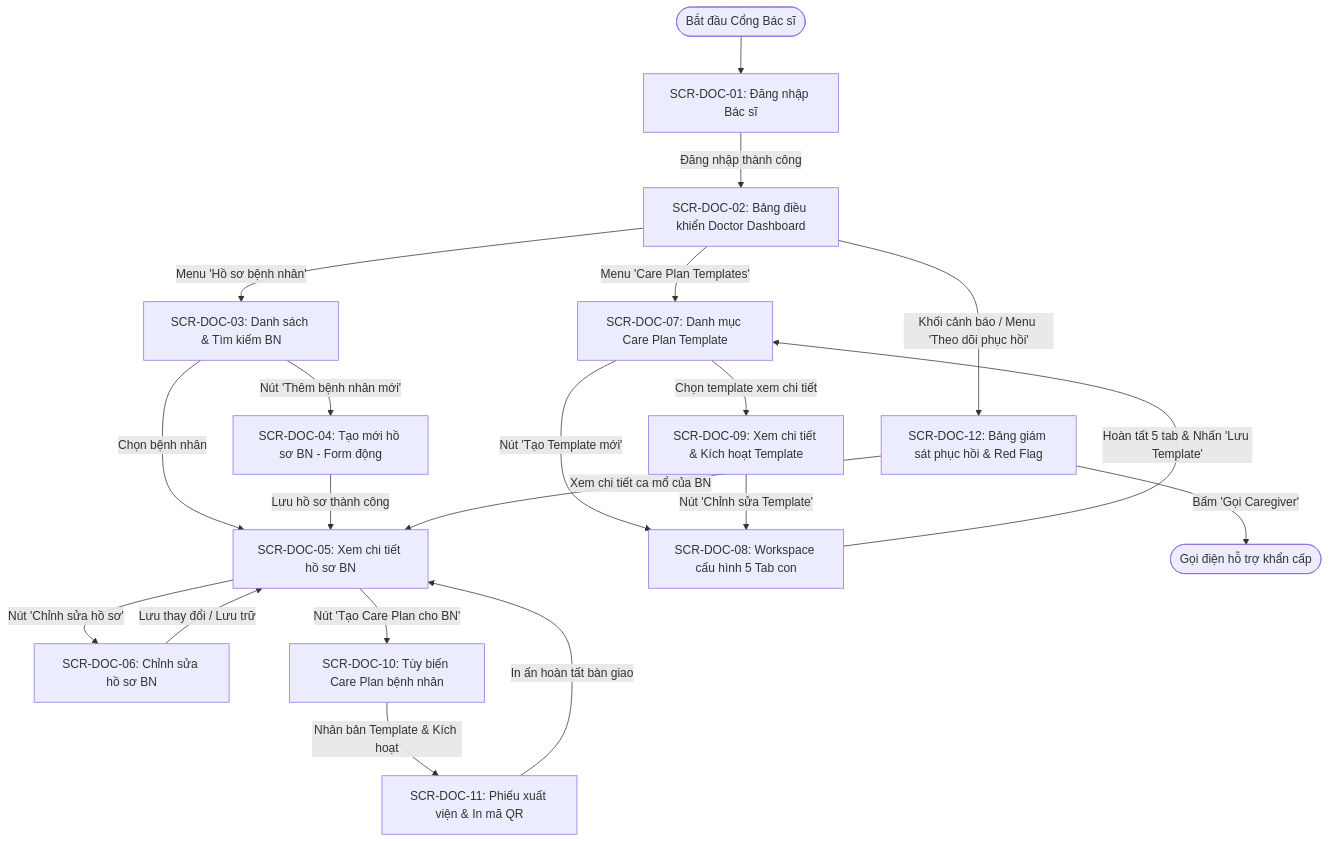
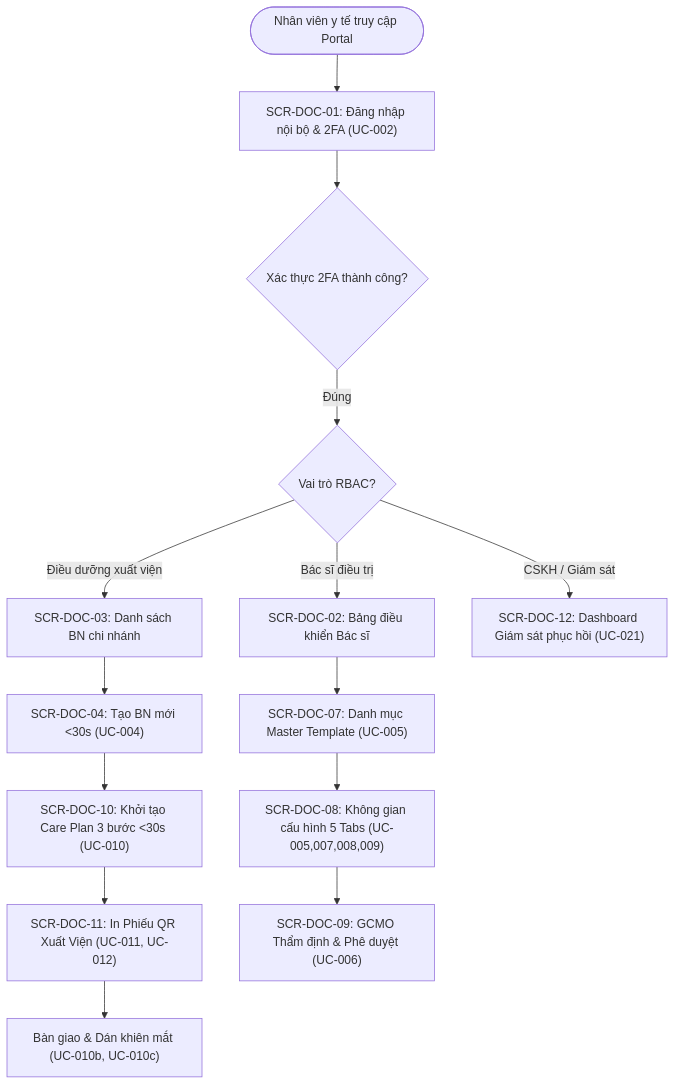
One commit to khangpd15/ba-learing-path changed the second of 3 diagrams in 04_Screen_Flow.md. Above: the diagram before and after it, drawn with Mermaid. The commit also changed other lines of this file and 8 other files, not shown here.

````diff
--- a/04_Screen_Flow.md
+++ b/04_Screen_Flow.md
@@ -399,32 +244,16 @@
 ```mermaid
 flowchart TD
-    DOC_START([Bắt đầu Cổng Bác sĩ]) --> DOC_01[SCR-DOC-01: Đăng nhập Bác sĩ]
-
-    DOC_01 -- "Đăng nhập thành công" --> DOC_02[SCR-DOC-02: Bảng điều khiển Doctor Dashboard]
-
-    %% Nhánh 1: Quản lý Hồ sơ bệnh nhân
-    DOC_02 -- "Menu 'Hồ sơ bệnh nhân'" --> DOC_03[SCR-DOC-03: Danh sách & Tìm kiếm BN]
-    DOC_03 -- "Nút 'Thêm bệnh nhân mới'" --> DOC_04[SCR-DOC-04: Tạo mới hồ sơ BN - Form động]
-    DOC_03 -- "Chọn bệnh nhân" --> DOC_05[SCR-DOC-05: Xem chi tiết hồ sơ BN]
-    
-    DOC_04 -- "Lưu hồ sơ thành công" --> DOC_05
-    DOC_05 -- "Nút 'Chỉnh sửa hồ sơ'" --> DOC_06[SCR-DOC-06: Chỉnh sửa hồ sơ BN]
-    DOC_06 -- "Lưu thay đổi / Lưu trữ" --> DOC_05
-
-    %% Nhánh 2: Quản lý Master Template
-    DOC_02 -- "Menu 'Care Plan Templates'" --> DOC_07[SCR-DOC-07: Danh mục Care Plan Template]
-    DOC_07 -- "Nút 'Tạo Template mới'" --> DOC_08[SCR-DOC-08: Workspace cấu hình 5 Tab con]
-    DOC_07 -- "Chọn template xem chi tiết" --> DOC_09[SCR-DOC-09: Xem chi tiết & Kích hoạt Template]
-    DOC_09 -- "Nút 'Chỉnh sửa Template'" --> DOC_08
-    DOC_08 -- "Hoàn tất 5 tab & Nhấn 'Lưu Template'" --> DOC_07
-
-    %% Nhánh 3: Khởi tạo Care Plan cho bệnh nhân & In mã QR
-    DOC_05 -- "Nút 'Tạo Care Plan cho BN'" --> DOC_10[SCR-DOC-10: Tùy biến Care Plan bệnh nhân]
-    DOC_10 -- "Nhân bản Template & Kích hoạt" --> DOC_11[SCR-DOC-11: Phiếu xuất viện & In mã QR]
-    DOC_11 -- "In ấn hoàn tất bàn giao" --> DOC_05
-
-    %% Nhánh 4: Theo dõi Recovery Check & Giám sát Red Flag
-    DOC_02 -- "Khối cảnh báo / Menu 'Theo dõi phục hồi'" --> DOC_12[SCR-DOC-12: Bảng giám sát phục hồi & Red Flag]
-    DOC_12 -- "Xem chi tiết ca mổ của BN" --> DOC_05
-    DOC_12 -- "Bấm 'Gọi Caregiver'" --> PHONE([Gọi điện hỗ trợ khẩn cấp])
+    STAFF_START([Nhân viên y tế truy cập Portal]) --> S1["SCR-DOC-01: Đăng nhập nội bộ & 2FA (UC-002)"]
+    S1 --> S2{Xác thực 2FA thành công?}
+    S2 -- Đúng --> S3{Vai trò RBAC?}
+    S3 -- Điều dưỡng xuất viện --> S_NURSE["SCR-DOC-03: Danh sách BN chi nhánh"]
+    S_NURSE --> S_NEW_BN["SCR-DOC-04: Tạo BN mới <30s (UC-004)"]
+    S_NEW_BN --> S_SETUP_PLAN["SCR-DOC-10: Khởi tạo Care Plan 3 bước <30s (UC-010)"]
+    S_SETUP_PLAN --> S_PRINT["SCR-DOC-11: In Phiếu QR Xuất Viện (UC-011, UC-012)"]
+    S_PRINT --> S_HANDOFF["Bàn giao & Dán khiên mắt (UC-010b, UC-010c)"]
+    S3 -- Bác sĩ điều trị --> S_DOC["SCR-DOC-02: Bảng điều khiển Bác sĩ"]
+    S_DOC --> S_TMP_LIST["SCR-DOC-07: Danh mục Master Template (UC-005)"]
+    S_TMP_LIST --> S_TMP_5TABS["SCR-DOC-08: Không gian cấu hình 5 Tabs (UC-005,007,008,009)"]
+    S_TMP_5TABS --> S_APPROVAL["SCR-DOC-09: GCMO Thẩm định & Phê duyệt (UC-006)"]
+    S3 -- CSKH / Giám sát --> S_CSKH["SCR-DOC-12: Dashboard Giám sát phục hồi (UC-021)"]
 ```
````
